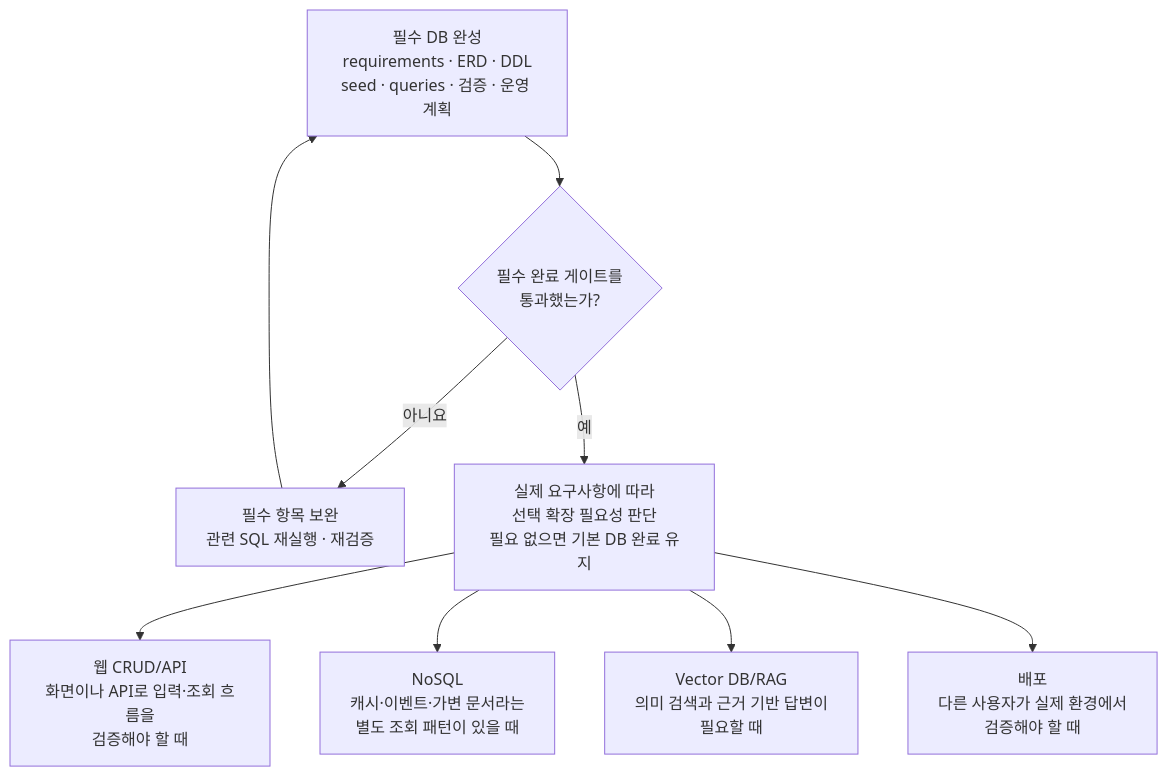
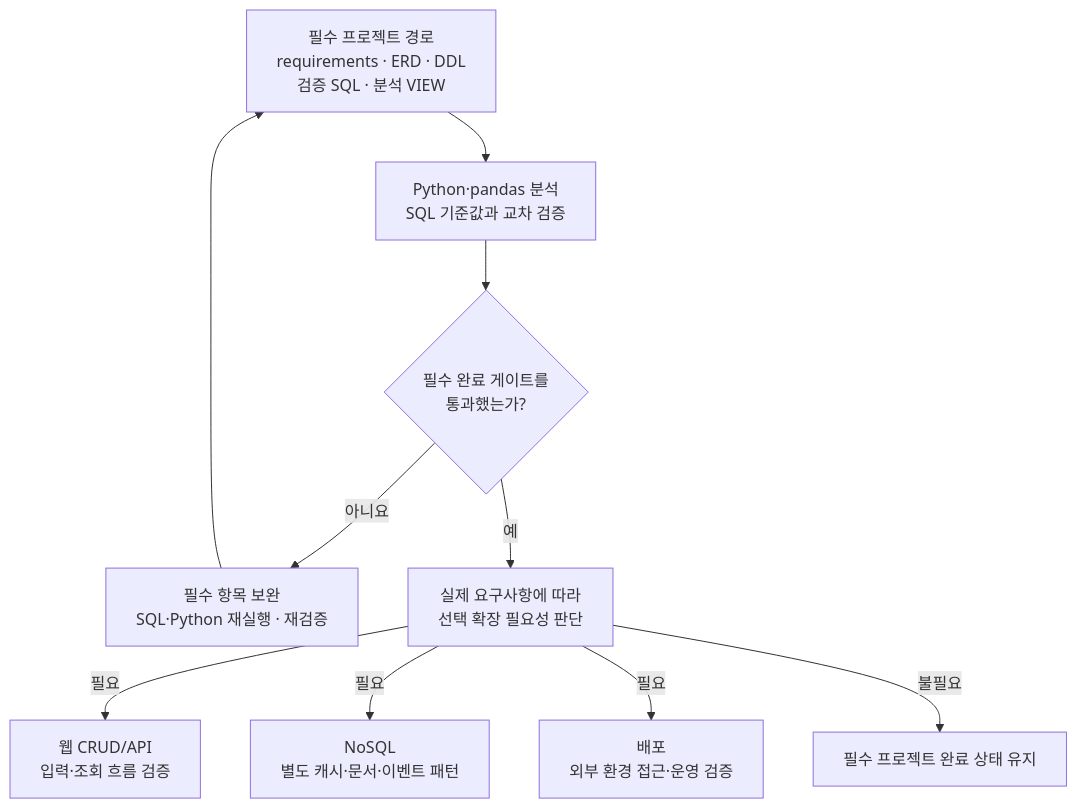
The diagram in images/chapter15/ch15_02_scope_selection_guide.mmd (GilbertMoon/ai-database-book), drawn with Mermaid before and after one commit.

Commit message:
Update Chapter 15 scope guide for mandatory Python analysis

```diff
--- a/images/chapter15/ch15_02_scope_selection_guide.mmd
+++ b/images/chapter15/ch15_02_scope_selection_guide.mmd
@@ -1,19 +1,19 @@
 flowchart TB
-    A[필수 DB 완성<br/>requirements · ERD · DDL<br/>seed · queries · 검증 · 운영 계획]
+    A[필수 프로젝트 경로<br/>requirements · ERD · DDL<br/>검증 SQL · 분석 VIEW]
+    P[Python·pandas 분석<br/>SQL 기준값과 교차 검증]
     G{필수 완료 게이트를<br/>통과했는가?}
-    R[필수 항목 보완<br/>관련 SQL 재실행 · 재검증]
-    J[실제 요구사항에 따라<br/>선택 확장 필요성 판단<br/>필요 없으면 기본 DB 완료 유지]
+    R[필수 항목 보완<br/>SQL·Python 재실행 · 재검증]
+    J[실제 요구사항에 따라<br/>선택 확장 필요성 판단]
 
-    W[웹 CRUD/API<br/>화면이나 API로 입력·조회 흐름을<br/>검증해야 할 때]
-    N[NoSQL<br/>캐시·이벤트·가변 문서라는<br/>별도 조회 패턴이 있을 때]
-    V[Vector DB/RAG<br/>의미 검색과 근거 기반 답변이<br/>필요할 때]
-    D[배포<br/>다른 사용자가 실제 환경에서<br/>검증해야 할 때]
+    W[웹 CRUD/API<br/>입력·조회 흐름 검증]
+    N[NoSQL<br/>별도 캐시·문서·이벤트 패턴]
+    D[배포<br/>외부 환경 접근·운영 검증]
+    C[필수 프로젝트 완료 상태 유지]
 
-    A --> G
-    G -->|아니요| R
-    R --> A
+    A --> P --> G
+    G -->|아니요| R --> A
     G -->|예| J
-    J --> W
-    J --> N
-    J --> V
-    J --> D
+    J -->|필요| W
+    J -->|필요| N
+    J -->|필요| D
+    J -->|불필요| C
```
